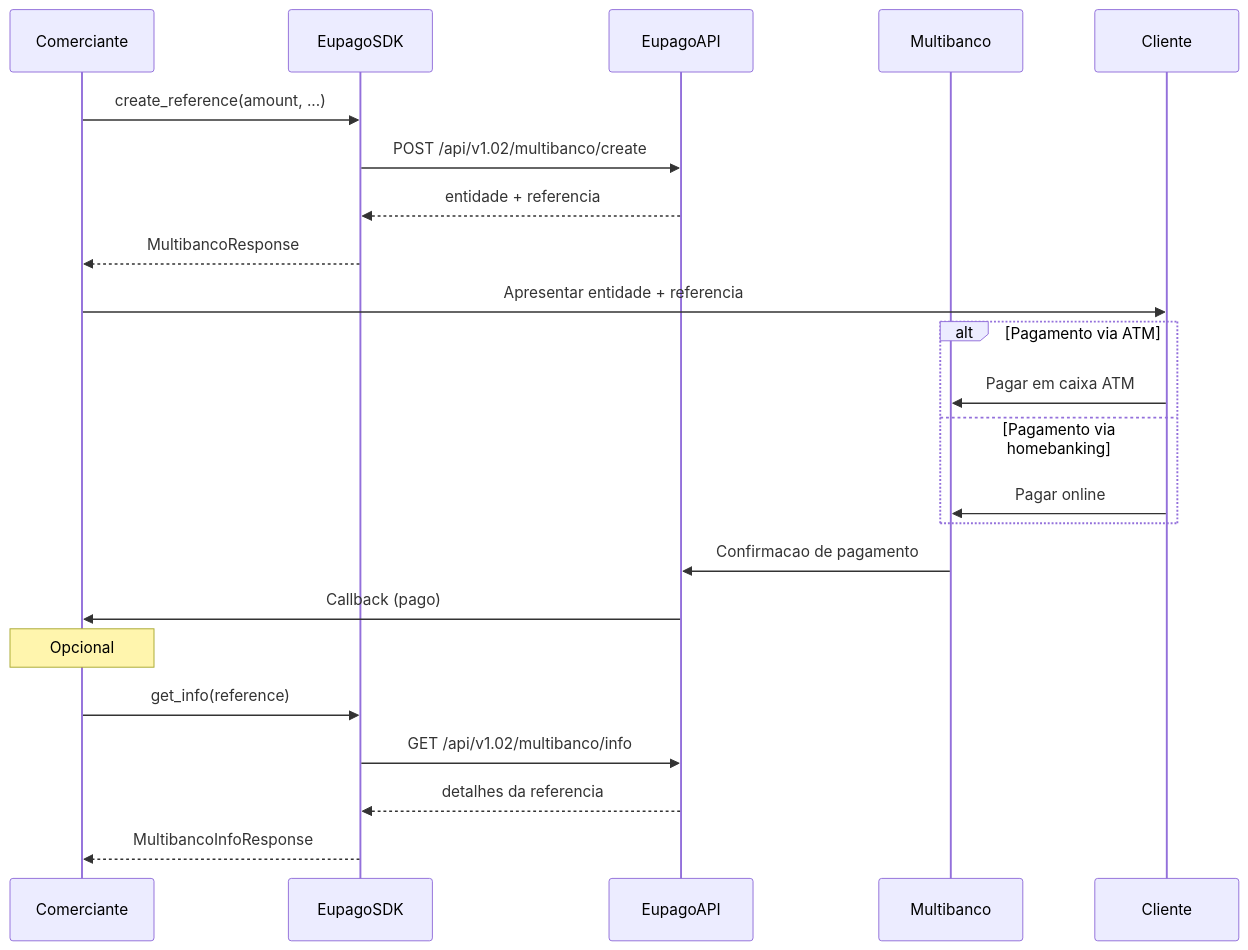
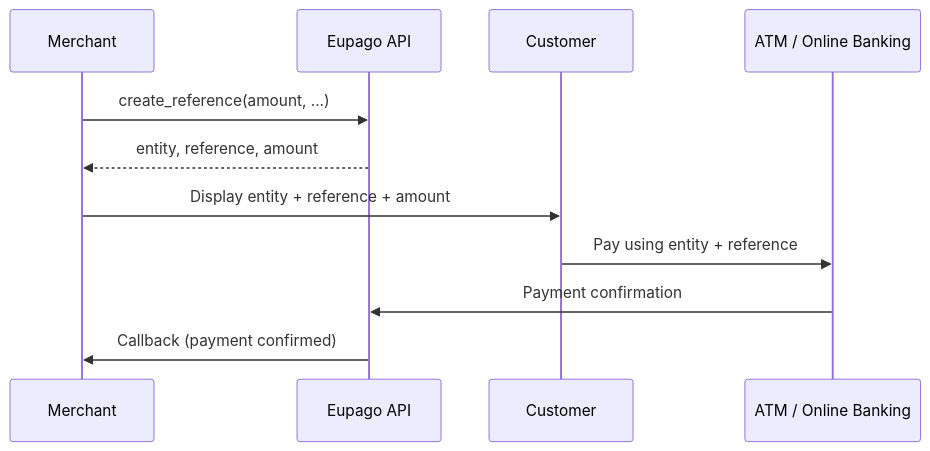
Before and after one commit to bilouro/eupago-python: the diagram in docs/payments/multibanco.md, drawn with Mermaid. The commit also changed other lines of this file and 50 other files, not shown here.

````diff
--- a/docs/payments/multibanco.md
+++ b/docs/payments/multibanco.md
@@ -13,30 +13,14 @@
 ```mermaid
 sequenceDiagram
-    participant Comerciante
-    participant EupagoSDK
-    participant EupagoAPI
-    participant Multibanco
-    participant Cliente
+    participant Merchant
+    participant EupagoAPI as Eupago API
+    participant Customer
+    participant Bank as ATM / Online Banking
 
-    Comerciante->>EupagoSDK: create_reference(amount, ...)
-    EupagoSDK->>EupagoAPI: POST /api/v1.02/multibanco/create
-    EupagoAPI-->>EupagoSDK: entidade + referencia
-    EupagoSDK-->>Comerciante: MultibancoResponse
-
-    Comerciante->>Cliente: Apresentar entidade + referencia
-
-    alt Pagamento via ATM
-        Cliente->>Multibanco: Pagar em caixa ATM
-    else Pagamento via homebanking
-        Cliente->>Multibanco: Pagar online
-    end
-
-    Multibanco->>EupagoAPI: Confirmacao de pagamento
-    EupagoAPI->>Comerciante: Callback (pago)
-
-    note over Comerciante: Opcional
-    Comerciante->>EupagoSDK: get_info(reference)
-    EupagoSDK->>EupagoAPI: GET /api/v1.02/multibanco/info
-    EupagoAPI-->>EupagoSDK: detalhes da referencia
-    EupagoSDK-->>Comerciante: MultibancoInfoResponse
+    Merchant->>EupagoAPI: create_reference(amount, ...)
+    EupagoAPI-->>Merchant: entity, reference, amount
+    Merchant->>Customer: Display entity + reference + amount
+    Customer->>Bank: Pay using entity + reference
+    Bank->>EupagoAPI: Payment confirmation
+    EupagoAPI->>Merchant: Callback (payment confirmed)
 ```
````
